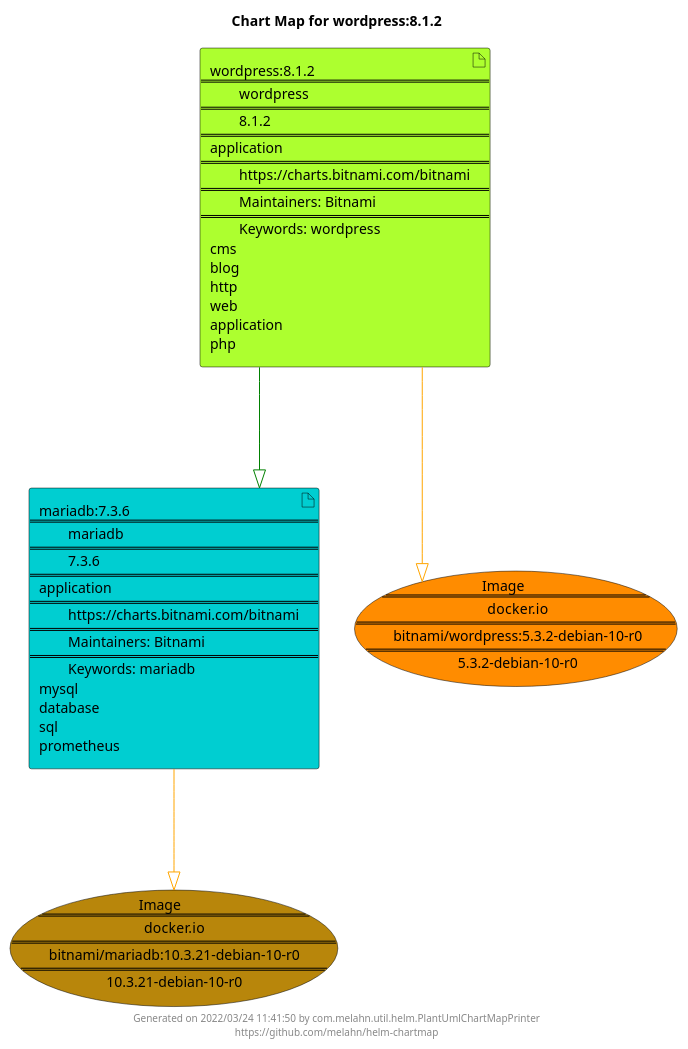
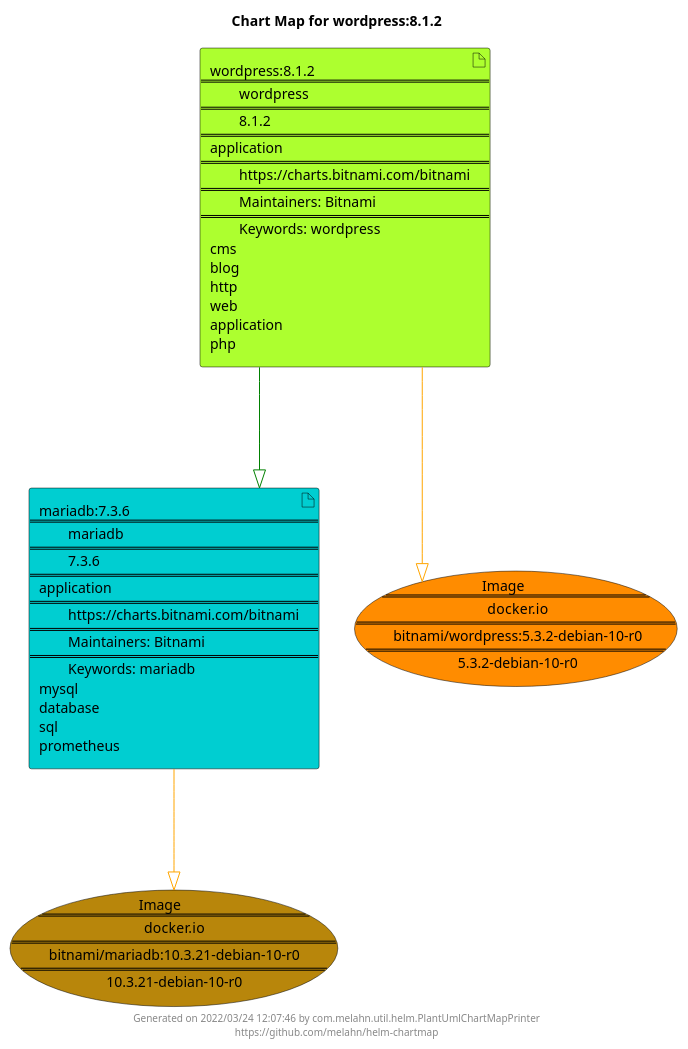
Before and after one commit to melahn/helm-chartmap: the diagram in docs/wordpress/wordpress-8.1.2.puml, drawn with PlantUML. The commit also changed 51 other files, not shown here.

Commit message:
Update Example Chart Maps as part of GitHub build

```diff
--- a/docs/wordpress/wordpress-8.1.2.puml
+++ b/docs/wordpress/wordpress-8.1.2.puml
@@ -1,25 +1,25 @@
 @startuml
 skinparam linetype ortho
 skinparam backgroundColor white
 skinparam usecaseBorderColor black
 skinparam usecaseArrowColor LightSlateGray
 skinparam artifactBorderColor black
 skinparam artifactArrowColor LightSlateGray
 
 title Chart Map for wordpress:8.1.2
 
 'There are 2 referenced Helm Charts
 artifact "mariadb:7.3.6\n====\n\tmariadb\n====\n\t7.3.6\n====\napplication\n====\n\thttps://charts.bitnami.com/bitnami\n====\n\tMaintainers: Bitnami\n====\n\tKeywords: mariadb\nmysql\ndatabase\nsql\nprometheus" as mariadb_7_3_6 #DarkTurquoise
 artifact "wordpress:8.1.2\n====\n\twordpress\n====\n\t8.1.2\n====\napplication\n====\n\thttps://charts.bitnami.com/bitnami\n====\n\tMaintainers: Bitnami\n====\n\tKeywords: wordpress\ncms\nblog\nhttp\nweb\napplication\nphp" as wordpress_8_1_2 #GreenYellow
 
 'There are 2 referenced Docker Images
 usecase "Image\n====\n\tdocker.io\n====\n\tbitnami/mariadb:10.3.21-debian-10-r0\n====\n\t10.3.21-debian-10-r0" as docker_io_bitnami_mariadb_10_3_21_debian_10_r0 #DarkGoldenRod
 usecase "Image\n====\n\tdocker.io\n====\n\tbitnami/wordpress:5.3.2-debian-10-r0\n====\n\t5.3.2-debian-10-r0" as docker_io_bitnami_wordpress_5_3_2_debian_10_r0 #Darkorange
 
 'Chart Dependencies
 wordpress_8_1_2--[#green]-|>mariadb_7_3_6
 mariadb_7_3_6--[#orange]-|>docker_io_bitnami_mariadb_10_3_21_debian_10_r0
 wordpress_8_1_2--[#orange]-|>docker_io_bitnami_wordpress_5_3_2_debian_10_r0
 
-center footer Generated on 2022/03/24 11:41:50 by com.melahn.util.helm.PlantUmlChartMapPrinter\nhttps://github.com/melahn/helm-chartmap
+center footer Generated on 2022/03/24 12:07:46 by com.melahn.util.helm.PlantUmlChartMapPrinter\nhttps://github.com/melahn/helm-chartmap
 @enduml
```
